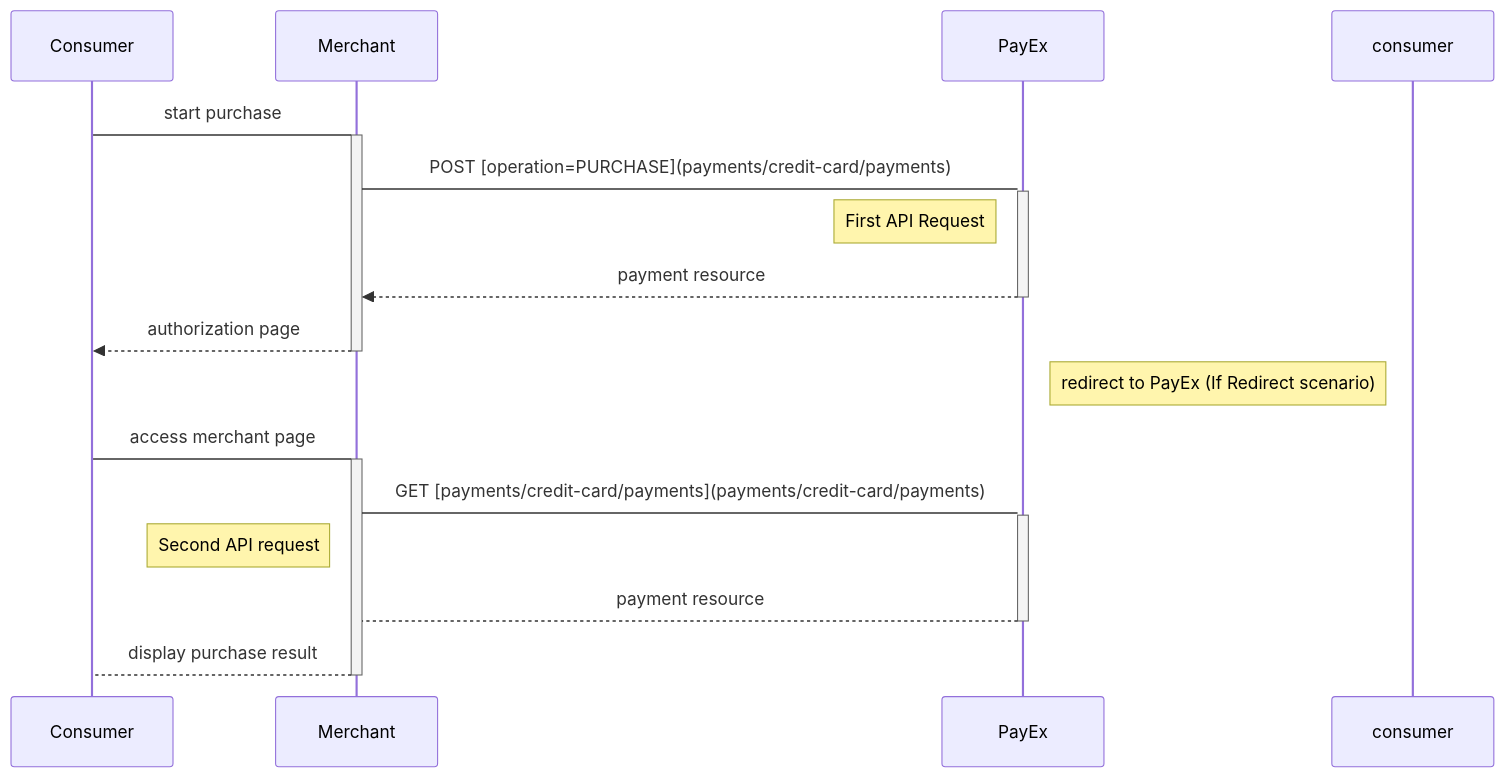
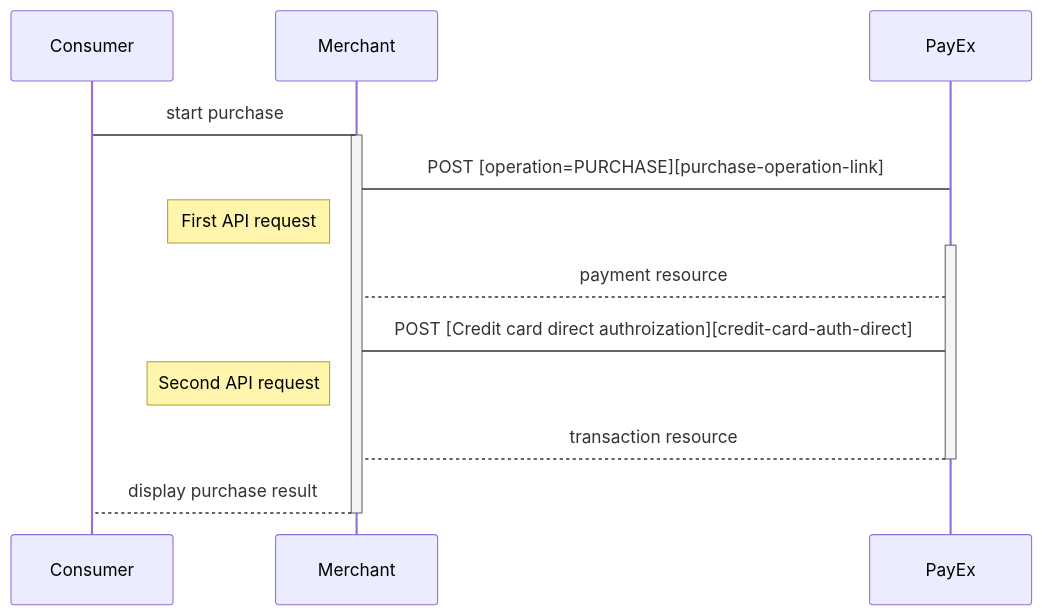
The first of 2 diagrams in payments/credit-card/seamless-view.md (SwedbankPay/developer.swedbankpay.com), drawn with Mermaid before and after one commit. The commit also changed other lines of this file and 2 other files, not shown here.

Commit message:
DX-170 Credit Card redirect docs

````diff
--- a/payments/credit-card/seamless-view.md
+++ b/payments/credit-card/seamless-view.md
@@ -78,15 +83,17 @@
 ```mermaid
 sequenceDiagram
-    Consumer->+Merchant: start purchase
-    Merchant->+PayEx: POST [operation=PURCHASE](payments/credit-card/payments)
-    Note left of PayEx: First API Request
-    PayEx-->>-Merchant: payment resource
-    Merchant-->>-Consumer: authorization page
-    note left of consumer: redirect to PayEx (If Redirect scenario)
+  Consumer->Merchant: start purchase
+  activate Merchant
+  Merchant->PayEx: POST [operation=PURCHASE][purchase-operation-link]
+  note left of Merchant: First API request
+  activate PayEx
+  PayEx-->Merchant: payment resource
 
-    Consumer->+Merchant: access merchant page
-    Merchant->+PayEx: GET [payments/credit-card/payments](payments/credit-card/payments)
-    note left of Merchant: Second API request
-    PayEx-->-Merchant: payment resource
-    Merchant-->-Consumer: display purchase result
+  Merchant -> PayEx: POST [Credit card direct authroization][credit-card-auth-direct]
+  note left of Merchant: Second API request
+  PayEx --> Merchant: transaction resource
+
+  deactivate PayEx
+  Merchant-->Consumer: display purchase result
+  deactivate Merchant
 ```
````
